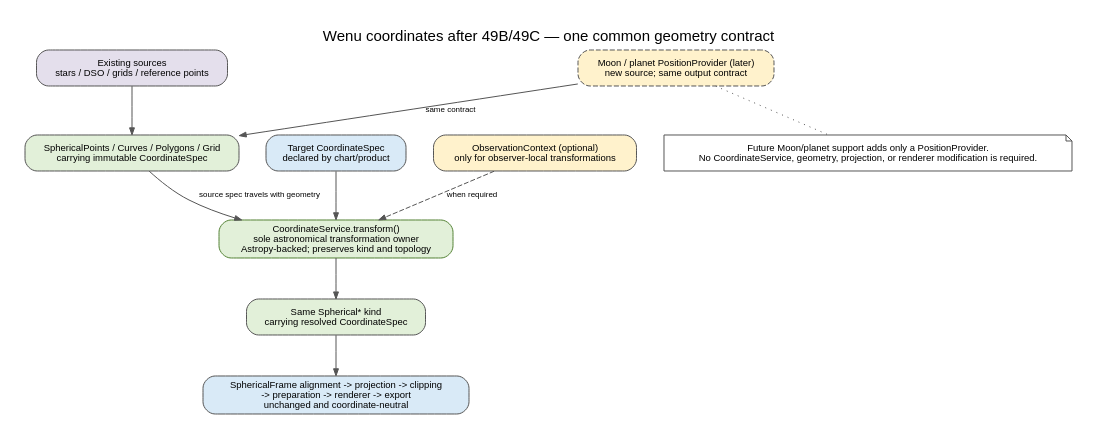
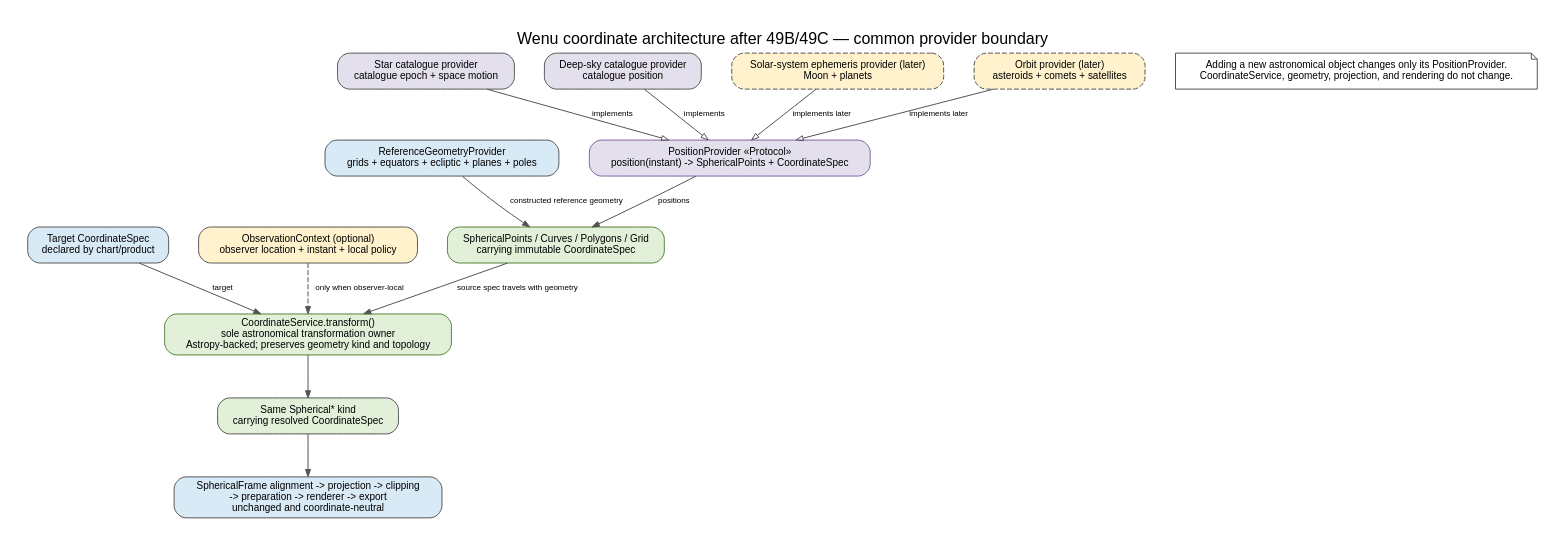
Before and after one commit to fselman/wenu: the diagram in docs/developer/diagrams/coordinate_transformation_target_49bc.dot, drawn with Graphviz. The commit also changed 8 other files, not shown here.

Commit message:
Generalize coordinate position providers

```diff
--- a/docs/developer/diagrams/coordinate_transformation_target_49bc.dot
+++ b/docs/developer/diagrams/coordinate_transformation_target_49bc.dot
@@ -1,21 +1,26 @@
 digraph coordinate_target_49bc {
-  graph [rankdir=TB, bgcolor="white", fontname="Helvetica", fontsize=15,
-    label="Wenu coordinates after 49B/49C — one common geometry contract",
-    labelloc="t", nodesep=0.38, ranksep=0.55, pad=0.25];
-  node [shape=box, style="rounded,filled", fillcolor="#f7f7f7", color="#555555", fontname="Helvetica", fontsize=9.5];
-  edge [color="#555555", fontname="Helvetica", fontsize=8, arrowsize=0.7];
-  sources [label="Existing sources\nstars / DSO / grids / reference points", fillcolor="#e4dfec"];
-  moving [label="Moon / planet PositionProvider (later)\nnew source; same output contract", fillcolor="#fff2cc", style="rounded,dashed,filled"];
-  geometry [label="SphericalPoints / Curves / Polygons / Grid\ncarrying immutable CoordinateSpec", fillcolor="#e2f0d9"];
+  graph [rankdir=TB, bgcolor="white", fontname="Helvetica", fontsize=16,
+    label="Wenu coordinate architecture after 49B/49C — common provider boundary",
+    labelloc="t", nodesep=0.42, ranksep=0.58, pad=0.28];
+  node [shape=box, style="rounded,filled", fillcolor="#f7f7f7", color="#555555", fontname="Helvetica", fontsize=10];
+  edge [color="#555555", fontname="Helvetica", fontsize=8, arrowsize=0.72];
+  provider [label="PositionProvider «Protocol»\nposition(instant) -> SphericalPoints + CoordinateSpec", fillcolor="#e4dfec", color="#8064a2"];
+  stars [label="Star catalogue provider\ncatalogue epoch + space motion", fillcolor="#e4dfec"];
+  dso [label="Deep-sky catalogue provider\ncatalogue position", fillcolor="#e4dfec"];
+  solar [label="Solar-system ephemeris provider (later)\nMoon + planets", fillcolor="#fff2cc", style="rounded,dashed,filled"];
+  orbit [label="Orbit provider (later)\nasteroids + comets + satellites", fillcolor="#fff2cc", style="rounded,dashed,filled"];
+  references [label="ReferenceGeometryProvider\ngrids + equators + ecliptic + planes + poles", fillcolor="#d9eaf7"];
+  geometry [label="SphericalPoints / Curves / Polygons / Grid\ncarrying immutable CoordinateSpec", fillcolor="#e2f0d9", color="#548235"];
   target [label="Target CoordinateSpec\ndeclared by chart/product", fillcolor="#d9eaf7"];
-  observation [label="ObservationContext (optional)\nonly for observer-local transformations", fillcolor="#fff2cc"];
-  service [label="CoordinateService.transform()\nsole astronomical transformation owner\nAstropy-backed; preserves kind and topology", fillcolor="#e2f0d9", color="#548235"];
+  observation [label="ObservationContext (optional)\nobserver location + instant + local policy", fillcolor="#fff2cc"];
+  service [label="CoordinateService.transform()\nsole astronomical transformation owner\nAstropy-backed; preserves geometry kind and topology", fillcolor="#e2f0d9", color="#548235"];
   resolved [label="Same Spherical* kind\ncarrying resolved CoordinateSpec", fillcolor="#e2f0d9"];
   downstream [label="SphericalFrame alignment -> projection -> clipping\n-> preparation -> renderer -> export\nunchanged and coordinate-neutral", fillcolor="#d9eaf7"];
-  sources -> geometry; moving -> geometry [label="same contract"];
-  geometry -> service [label="source spec travels with geometry"];
-  target -> service; observation -> service [style=dashed, label="when required"];
+  stars -> provider [arrowhead=empty, label="implements"]; dso -> provider [arrowhead=empty, label="implements"];
+  solar -> provider [arrowhead=empty, label="implements later"]; orbit -> provider [arrowhead=empty, label="implements later"];
+  provider -> geometry [label="positions"]; references -> geometry [label="constructed reference geometry"];
+  geometry -> service [label="source spec travels with geometry"]; target -> service [label="target"];
+  observation -> service [style=dashed, label="only when observer-local"];
   service -> resolved -> downstream;
-  invariant [shape=note, fillcolor="#ffffff", label="Future Moon/planet support adds only a PositionProvider.\nNo CoordinateService, geometry, projection, or renderer modification is required."];
-  moving -> invariant [style=dotted, arrowhead=none];
+  invariant [shape=note, fillcolor="#ffffff", label="Adding a new astronomical object changes only its PositionProvider.\nCoordinateService, geometry, projection, and rendering do not change."];
 }
```
